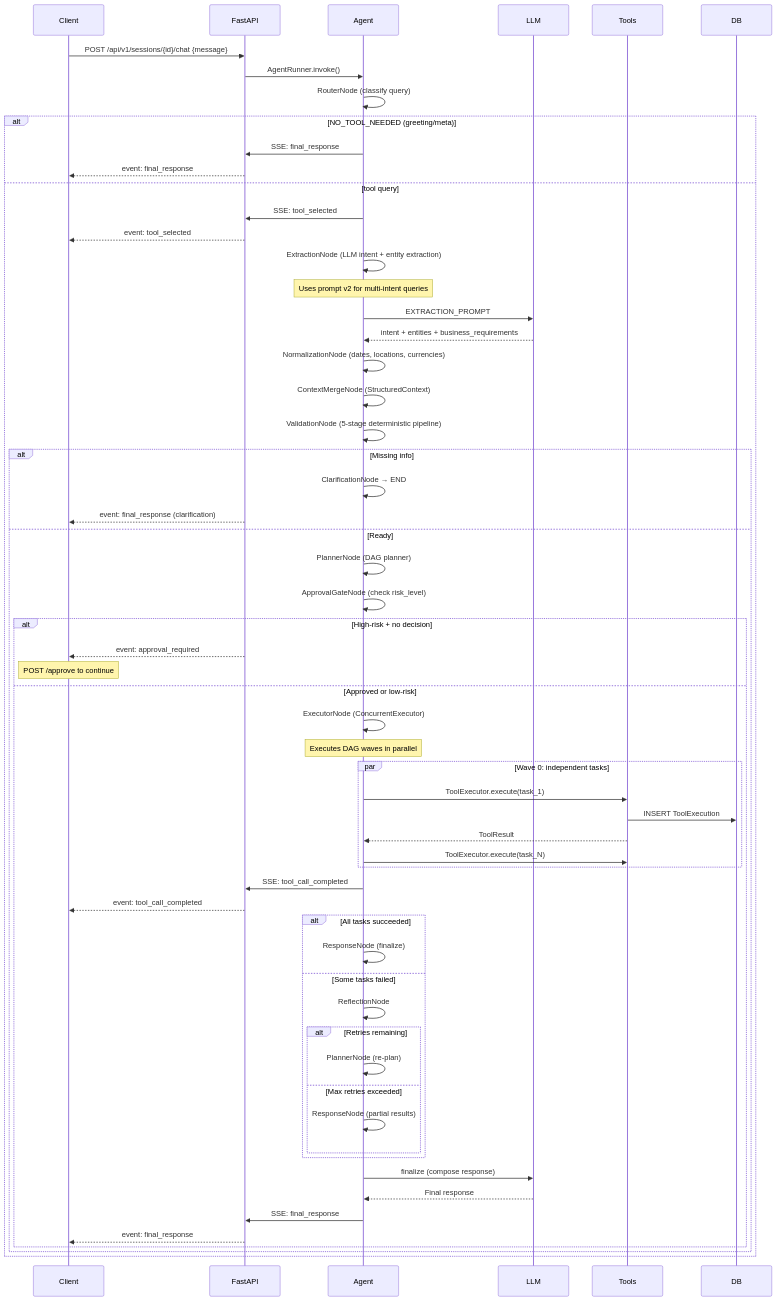
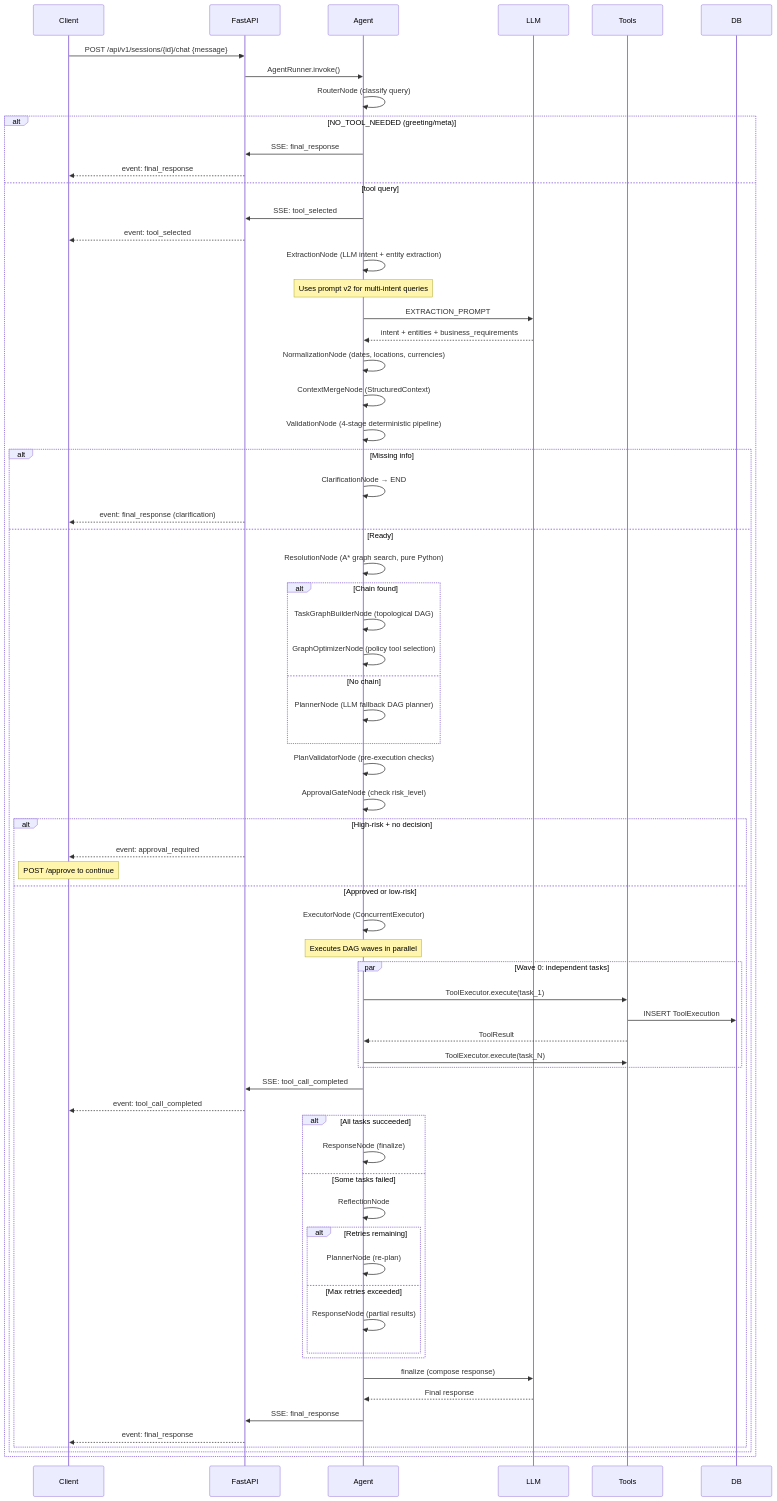
The second of 6 diagrams in nexus-agent/docs/architecture.md (Muhammad-Husnain07/Nexus-Agent), drawn with Mermaid before and after one commit. The commit also changed other lines of this file and 1 other file, not shown here.

Commit message:
Update docs to 15-node architecture + 5-tier hierarchy + 3-stage planner

````diff
--- a/nexus-agent/docs/architecture.md
+++ b/nexus-agent/docs/architecture.md
@@ -49,63 +53,70 @@
 ```mermaid
 sequenceDiagram
     participant Client
     participant FastAPI
     participant Agent
     participant LLM
     participant Tools
     participant DB
 
     Client->>FastAPI: POST /api/v1/sessions/{id}/chat {message}
     FastAPI->>Agent: AgentRunner.invoke()
     Agent->>Agent: RouterNode (classify query)
     alt NO_TOOL_NEEDED (greeting/meta)
         Agent->>FastAPI: SSE: final_response
         FastAPI-->>Client: event: final_response
     else tool query
         Agent->>FastAPI: SSE: tool_selected
         FastAPI-->>Client: event: tool_selected
         Agent->>Agent: ExtractionNode (LLM intent + entity extraction)
         Note over Agent: Uses prompt v2 for multi-intent queries
         Agent->>LLM: EXTRACTION_PROMPT
         LLM-->>Agent: intent + entities + business_requirements
         Agent->>Agent: NormalizationNode (dates, locations, currencies)
         Agent->>Agent: ContextMergeNode (StructuredContext)
-        Agent->>Agent: ValidationNode (5-stage deterministic pipeline)
+        Agent->>Agent: ValidationNode (4-stage deterministic pipeline)
         alt Missing info
             Agent->>Agent: ClarificationNode → END
             FastAPI-->>Client: event: final_response (clarification)
         else Ready
-            Agent->>Agent: PlannerNode (DAG planner)
+            Agent->>Agent: ResolutionNode (A* graph search, pure Python)
+            alt Chain found
+                Agent->>Agent: TaskGraphBuilderNode (topological DAG)
+                Agent->>Agent: GraphOptimizerNode (policy tool selection)
+            else No chain
+                Agent->>Agent: PlannerNode (LLM fallback DAG planner)
+            end
+            Agent->>Agent: PlanValidatorNode (pre-execution checks)
             Agent->>Agent: ApprovalGateNode (check risk_level)
             alt High-risk + no decision
                 FastAPI-->>Client: event: approval_required
                 Note over Client: POST /approve to continue
             else Approved or low-risk
                 Agent->>Agent: ExecutorNode (ConcurrentExecutor)
                 Note over Agent: Executes DAG waves in parallel
                 par Wave 0: independent tasks
                     Agent->>Tools: ToolExecutor.execute(task_1)
                     Tools->>DB: INSERT ToolExecution
                     Tools-->>Agent: ToolResult
                     Agent->>Tools: ToolExecutor.execute(task_N)
                 end
                 Agent->>FastAPI: SSE: tool_call_completed
                 FastAPI-->>Client: event: tool_call_completed
                 alt All tasks succeeded
                     Agent->>Agent: ResponseNode (finalize)
                 else Some tasks failed
                     Agent->>Agent: ReflectionNode
                     alt Retries remaining
                         Agent->>Agent: PlannerNode (re-plan)
                     else Max retries exceeded
                         Agent->>Agent: ResponseNode (partial results)
                     end
                 end
                 Agent->>LLM: finalize (compose response)
                 LLM-->>Agent: Final response
                 Agent->>FastAPI: SSE: final_response
                 FastAPI-->>Client: event: final_response
             end
         end
     end
 ```
````
